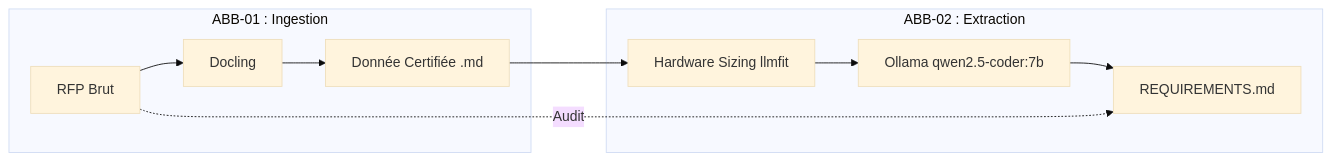
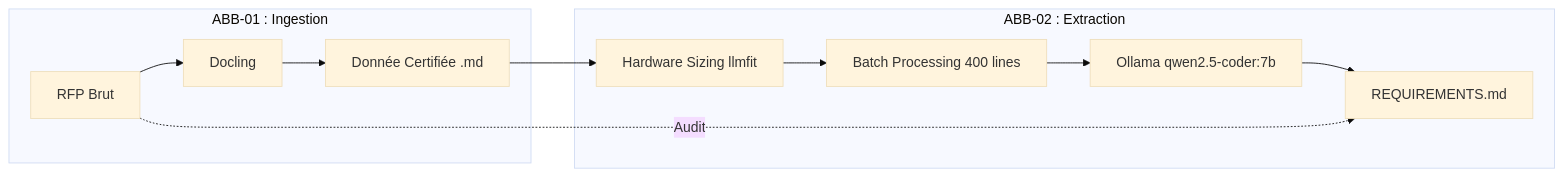
One commit to RodMan121/i-ingestion_lecture_rfp changed the first of 2 diagrams in 00-GOUVERNANCE/LLM_MASTER_KNOWLEDGE.md. Above: the diagram before and after it, drawn with Mermaid (base theme). The commit also changed other lines of this file and 1 other file, not shown here.

Commit message:
docs: upgrade Master Knowledge to v1.7.0 (Batch Processing Strategy)

````diff
--- a/00-GOUVERNANCE/LLM_MASTER_KNOWLEDGE.md
+++ b/00-GOUVERNANCE/LLM_MASTER_KNOWLEDGE.md
@@ -13,13 +13,14 @@
 ```mermaid
 graph LR
     subgraph ABB-01 : Ingestion
         RAW[RFP Brut] --> DOC[Docling]
         DOC --> CERT[Donnée Certifiée .md]
     end
     subgraph ABB-02 : Extraction
         CERT --> FIT[Hardware Sizing llmfit]
-        FIT --> OLL[Ollama qwen2.5-coder:7b]
+        FIT --> BATCH[Batch Processing 400 lines]
+        BATCH --> OLL[Ollama qwen2.5-coder:7b]
         OLL --> REQ[REQUIREMENTS.md]
     end
     RAW -. Audit .-> REQ
 ```
````
